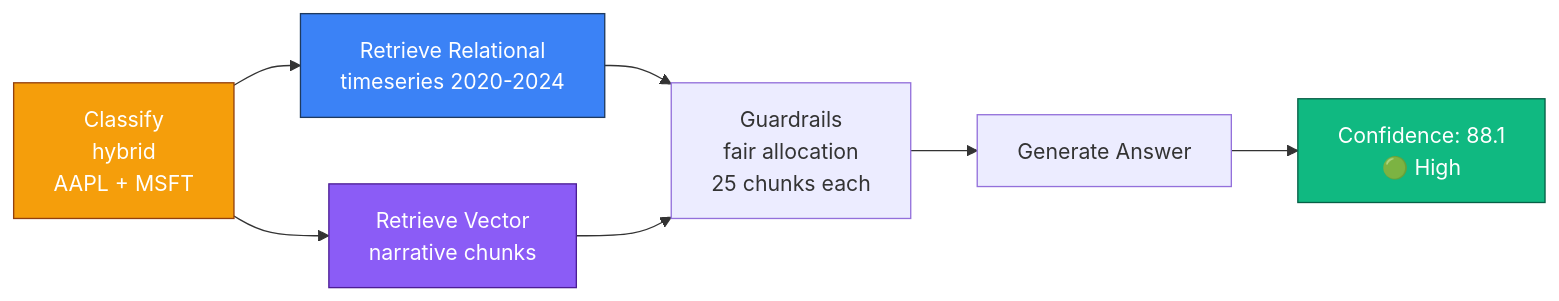
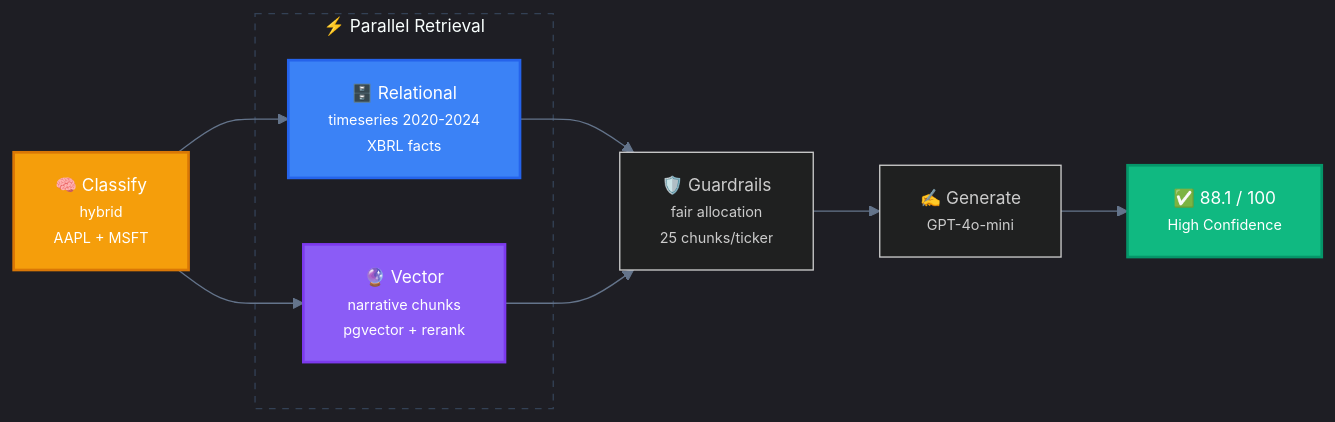
The third of 3 diagrams in docs/retrieval-routes.md (bhattaraisubal-eng/sec-intelligence-system), drawn with Mermaid before and after one commit. The commit also changed other lines of this file and 3 other files, not shown here.

First line of the commit message:
Upgrade all Mermaid diagrams with dark theme, subgraphs, and consistent styling

````diff
--- a/docs/retrieval-routes.md
+++ b/docs/retrieval-routes.md
@@ -200,14 +216,33 @@
 ```mermaid
+%%{init: {'theme': 'dark', 'themeVariables': {'primaryColor': '#1e293b', 'primaryBorderColor': '#475569', 'lineColor': '#64748b', 'fontFamily': 'ui-monospace, monospace', 'fontSize': '13px'}}}%%
 graph LR
-    A["Classify<br/>hybrid<br/>AAPL + MSFT"] --> B["Retrieve Relational<br/>timeseries 2020-2024"]
-    A --> C["Retrieve Vector<br/>narrative chunks"]
-    B --> D["Guardrails<br/>fair allocation<br/>25 chunks each"]
+    A["🧠 Classify<br/><small>hybrid</small><br/><small>AAPL + MSFT</small>"]
+
+    subgraph parallel ["⚡ Parallel Retrieval"]
+        B["🗄️ Relational<br/><small>timeseries 2020-2024</small><br/><small>XBRL facts</small>"]
+        C["🔮 Vector<br/><small>narrative chunks</small><br/><small>pgvector + rerank</small>"]
+    end
+
+    A --> B
+    A --> C
+
+    D["🛡️ Guardrails<br/><small>fair allocation</small><br/><small>25 chunks/ticker</small>"]
+    E["✍️ Generate<br/><small>GPT-4o-mini</small>"]
+    F["✅ 88.1 / 100<br/><small>High Confidence</small>"]
+
+    B --> D
     C --> D
-    D --> E["Generate Answer"]
-    E --> F["Confidence: 88.1<br/>🟢 High"]
+    D --> E --> F
 
-    style A fill:#f59e0b,stroke:#92400e,color:#fff
-    style B fill:#3b82f6,stroke:#1e3a5f,color:#fff
-    style C fill:#8b5cf6,stroke:#4c1d95,color:#fff
-    style F fill:#10b981,stroke:#065f46,color:#fff
+    classDef classify fill:#f59e0b,stroke:#d97706,color:#fff,stroke-width:2px
+    classDef relational fill:#3b82f6,stroke:#2563eb,color:#fff,stroke-width:2px
+    classDef vector fill:#8b5cf6,stroke:#7c3aed,color:#fff,stroke-width:2px
+    classDef output fill:#10b981,stroke:#059669,color:#fff,stroke-width:2px
+
+    class A classify
+    class B relational
+    class C vector
+    class F output
+
+    style parallel fill:transparent,stroke:#334155,stroke-width:1px,stroke-dasharray:5 5
 ```
````
